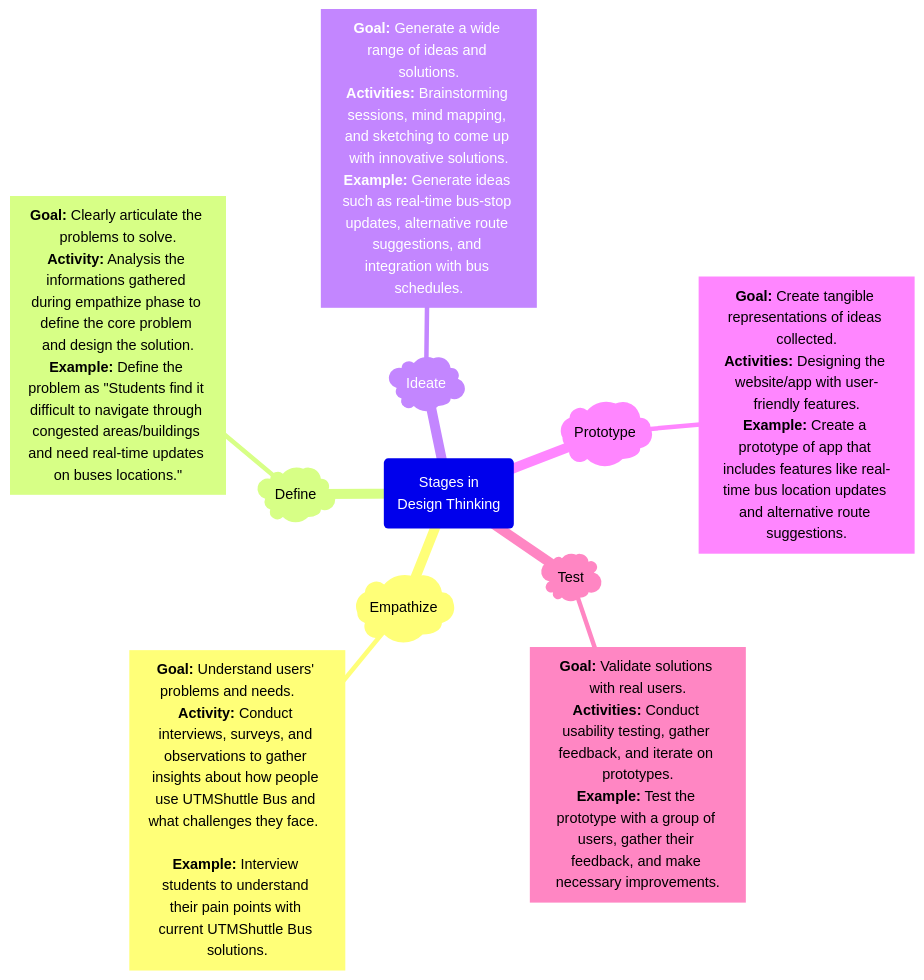
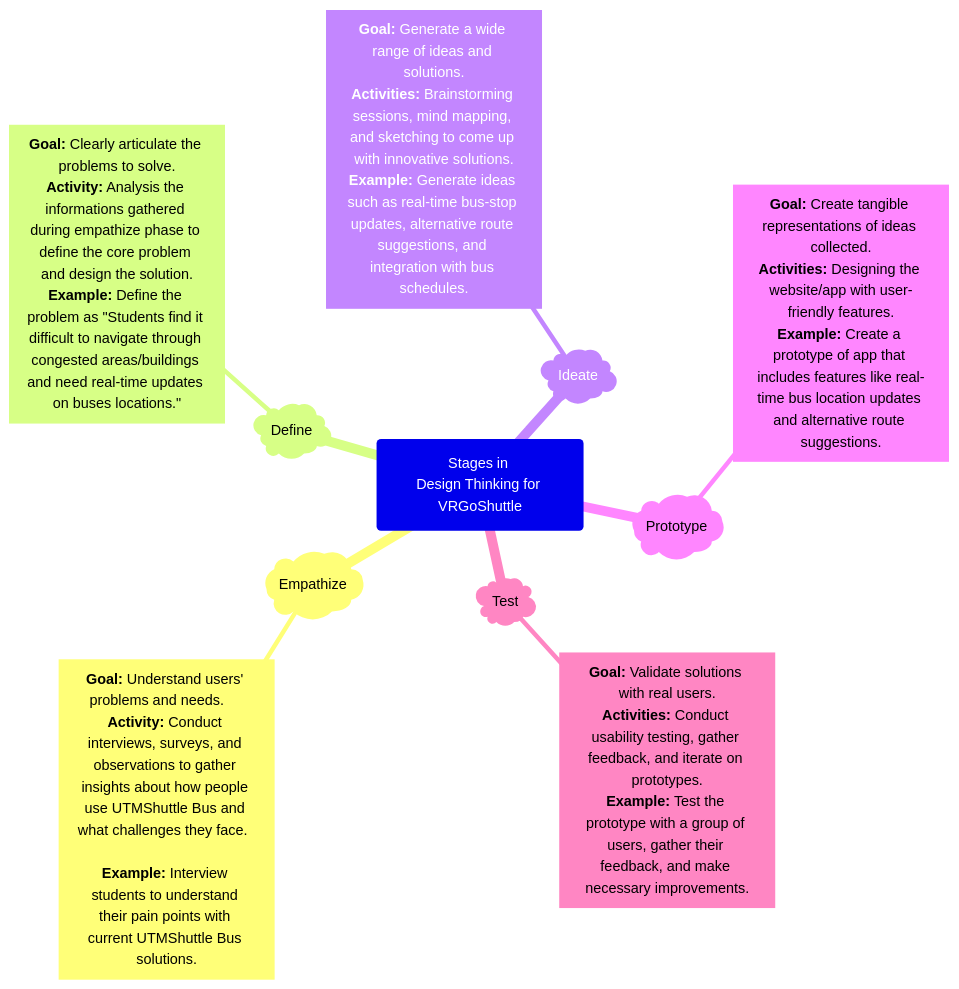
The diagram in Group 3/Design Thinking.md (HaritzHaykal/Group-1), drawn with Mermaid before and after one commit.

Commit message:
Update Design Thinking.md

````diff
--- a/Group 3/Design Thinking.md
+++ b/Group 3/Design Thinking.md
@@ -1,25 +1,25 @@
 ```mermaid
 mindmap
   root(Stages in 
-Design Thinking)
+Design Thinking for VRGoShuttle)
     )Empathize(
       [**Goal:** Understand users' problems and needs.     
 **Activity:** Conduct interviews, surveys, and observations to gather insights about how people use UTMShuttle Bus and what challenges they face.        
 **Example:** Interview students to understand their pain points with current UTMShuttle Bus solutions.]
     )Define(
       [**Goal:** Clearly articulate the problems to solve.
       **Activity:** Analysis the informations gathered during empathize phase to define the core problem and design the solution.
       **Example:** Define the problem as "Students find it difficult to navigate through congested areas/buildings and need real-time updates on buses locations."]
     )Ideate(
       [**Goal:** Generate a wide range of ideas and solutions.
 **Activities:** Brainstorming sessions, mind mapping, and sketching to come up with innovative solutions.
 **Example:** Generate ideas such as real-time bus-stop updates, alternative route suggestions, and integration with bus schedules.]
     )Prototype(
       [**Goal:** Create tangible representations of ideas collected.
       **Activities:** Designing the website/app with user-friendly features.
       **Example:** Create a prototype of app that includes features like real-time bus location updates and alternative route suggestions.]
     )Test(
       [**Goal:** Validate solutions with real users.
       **Activities:** Conduct usability testing, gather feedback, and iterate on prototypes.
       **Example:** Test the prototype with a group of users, gather their feedback, and make necessary improvements.]
 ```
````
